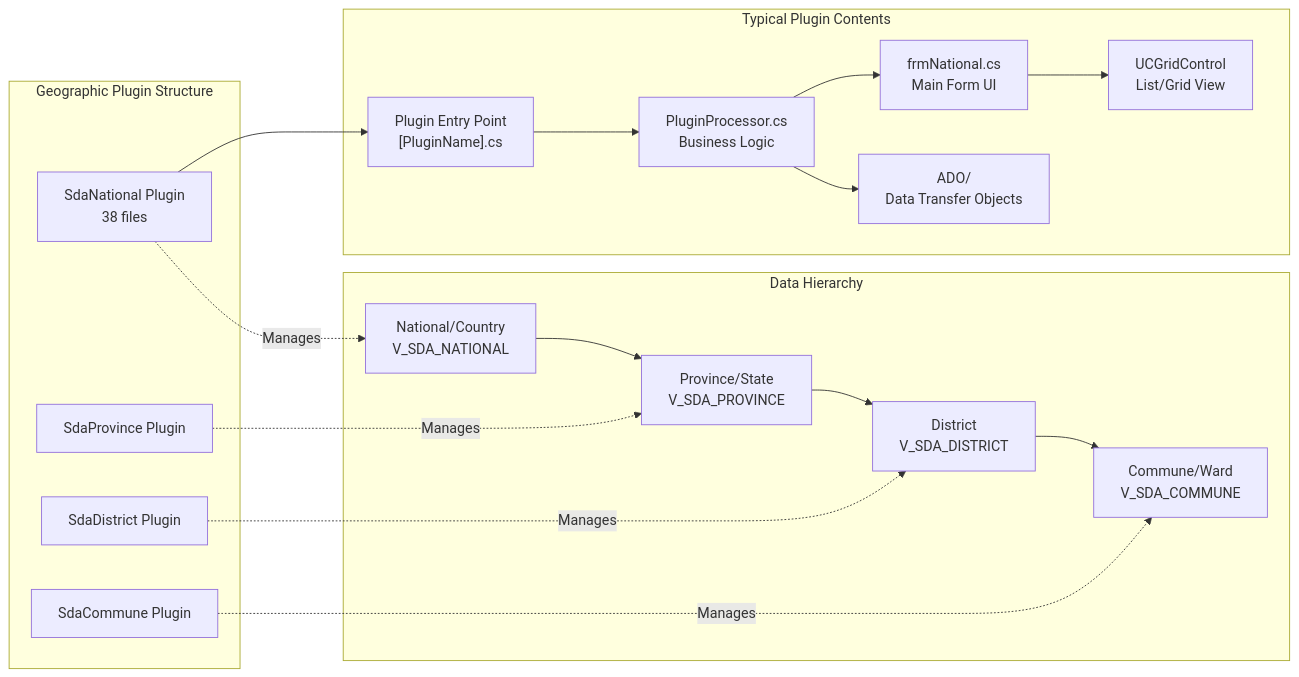
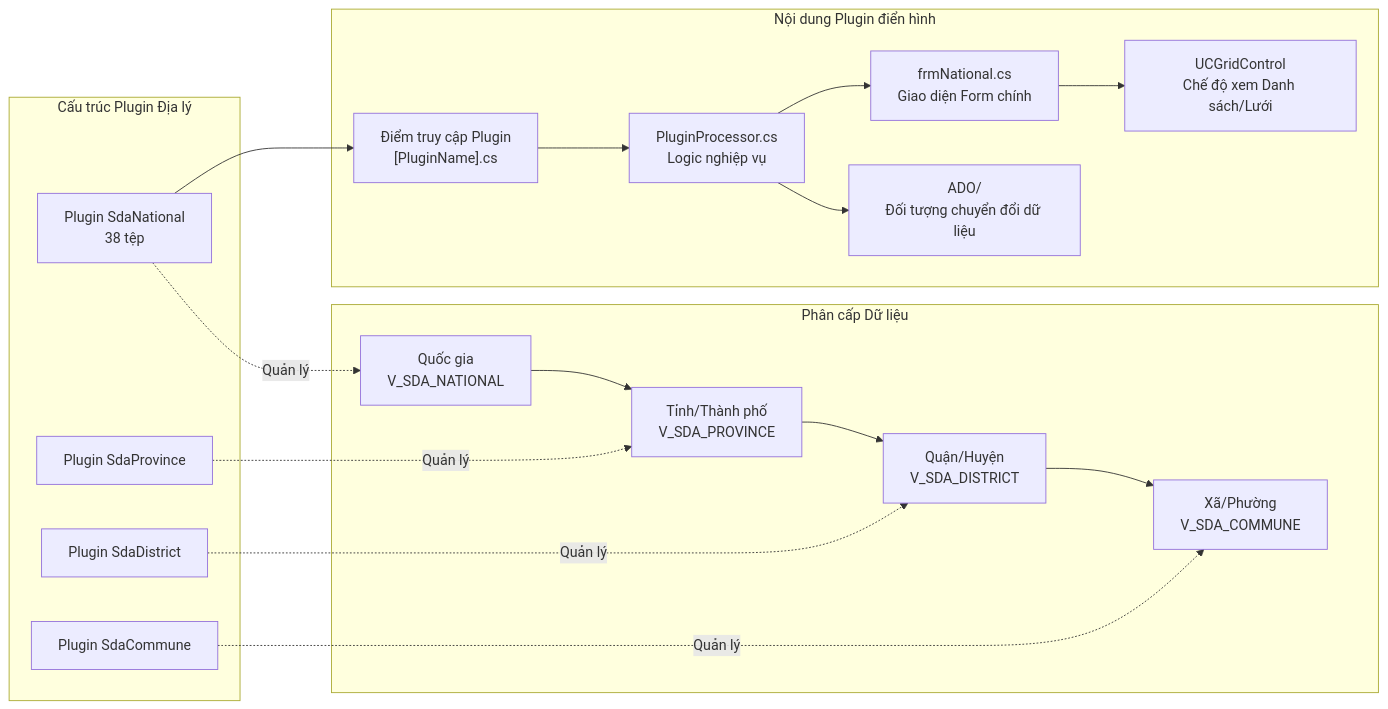
The second of 6 diagrams in docs/his-ba-documentation/03-business-domains/administration/system-data.md (thangpnb/HIS), drawn with Mermaid before and after one commit. The commit also changed other lines of this file and 30 other files, not shown here.

Commit message:
Refactor architecture docs and update translations

````diff
--- a/docs/his-ba-documentation/03-business-domains/administration/system-data.md
+++ b/docs/his-ba-documentation/03-business-domains/administration/system-data.md
@@ -93,39 +93,39 @@
 ```mermaid
 graph LR
-    subgraph "Geographic Plugin Structure"
-        National["SdaNational Plugin<br/>38 files"]
-        Province["SdaProvince Plugin"]
-        District["SdaDistrict Plugin"]
-        Commune["SdaCommune Plugin"]
+    subgraph "Cấu trúc Plugin Địa lý"
+        National["Plugin SdaNational<br/>38 tệp"]
+        Province["Plugin SdaProvince"]
+        District["Plugin SdaDistrict"]
+        Commune["Plugin SdaCommune"]
     end
     
-    subgraph "Typical Plugin Contents"
-        Entry["Plugin Entry Point<br/>[PluginName].cs"]
-        Processor["PluginProcessor.cs<br/>Business Logic"]
-        Form["frmNational.cs<br/>Main Form UI"]
-        ADO["ADO/<br/>Data Transfer Objects"]
-        UC["UCGridControl<br/>List/Grid View"]
+    subgraph "Nội dung Plugin điển hình"
+        Entry["Điểm truy cập Plugin<br/>[PluginName].cs"]
+        Processor["PluginProcessor.cs<br/>Logic nghiệp vụ"]
+        Form["frmNational.cs<br/>Giao diện Form chính"]
+        ADO["ADO/<br/>Đối tượng chuyển đổi dữ liệu"]
+        UC["UCGridControl<br/>Chế độ xem Danh sách/Lưới"]
     end
     
-    subgraph "Data Hierarchy"
-        NationalData["National/Country<br/>V_SDA_NATIONAL"]
-        ProvinceData["Province/State<br/>V_SDA_PROVINCE"]
-        DistrictData["District<br/>V_SDA_DISTRICT"]
-        CommuneData["Commune/Ward<br/>V_SDA_COMMUNE"]
+    subgraph "Phân cấp Dữ liệu"
+        NationalData["Quốc gia<br/>V_SDA_NATIONAL"]
+        ProvinceData["Tỉnh/Thành phố<br/>V_SDA_PROVINCE"]
+        DistrictData["Quận/Huyện<br/>V_SDA_DISTRICT"]
+        CommuneData["Xã/Phường<br/>V_SDA_COMMUNE"]
     end
     
     National --> Entry
     Entry --> Processor
     Processor --> Form
     Form --> UC
     Processor --> ADO
     
     NationalData --> ProvinceData
     ProvinceData --> DistrictData
     DistrictData --> CommuneData
     
-    National -.->|Manages| NationalData
-    Province -.->|Manages| ProvinceData
-    District -.->|Manages| DistrictData
-    Commune -.->|Manages| CommuneData
+    National -.->|Quản lý| NationalData
+    Province -.->|Quản lý| ProvinceData
+    District -.->|Quản lý| DistrictData
+    Commune -.->|Quản lý| CommuneData
 ```
````
